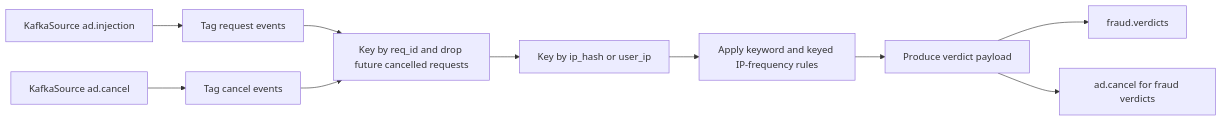
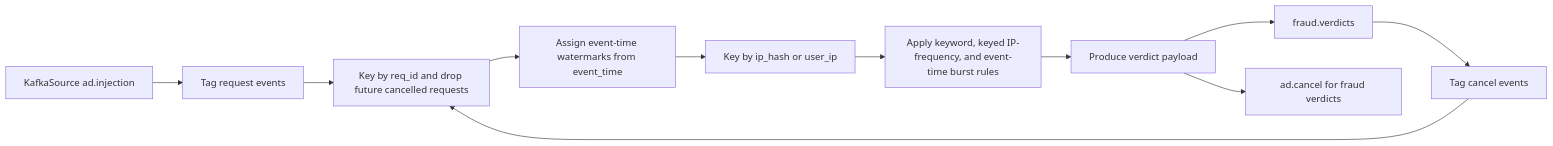
One commit to IamMistake/ai-ad-request-safety-pipeline changed the diagram in docs/flink_processing.md. Above: the diagram before and after it, drawn with Mermaid. The commit also changed other lines of this file and 11 other files, not shown here.

Commit message:
Add event-time burst detection to Flink fraud processor

````diff
--- a/docs/flink_processing.md
+++ b/docs/flink_processing.md
@@ -19,12 +20,13 @@
 ```mermaid
 flowchart LR
     A[KafkaSource ad.injection] --> B[Tag request events]
     H[KafkaSource ad.cancel] --> I[Tag cancel events]
     B --> C[Key by req_id and drop future cancelled requests]
     I --> C
-    C --> D[Key by ip_hash or user_ip]
-    D --> E[Apply keyword and keyed IP-frequency rules]
-    E --> F[Produce verdict payload]
-    F --> G[fraud.verdicts]
-    F --> J[ad.cancel for fraud verdicts]
+    C --> D[Assign event-time watermarks from event_time]
+    D --> E[Key by ip_hash or user_ip]
+    E --> F[Apply keyword, keyed IP-frequency, and event-time burst rules]
+    F --> G[Produce verdict payload]
+    G --> H[fraud.verdicts]
+    G --> J[ad.cancel for fraud verdicts]
 ```
````
